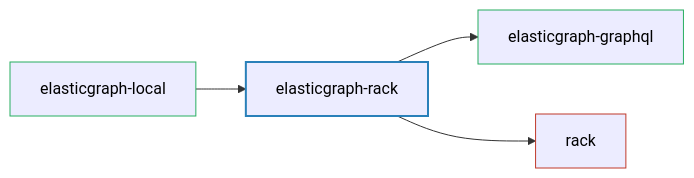
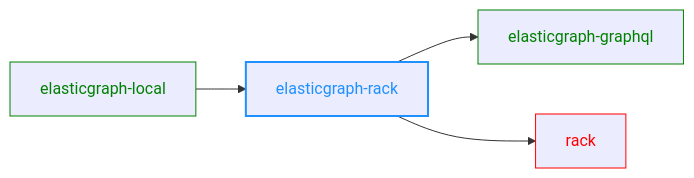
Before and after one commit to block/elasticgraph: the diagram in elasticgraph-rack/README.md, drawn with Mermaid. The commit also changed 23 other files, not shown here.

````diff
--- a/elasticgraph-rack/README.md
+++ b/elasticgraph-rack/README.md
@@ -10,14 +10,15 @@
 ```mermaid
 graph LR;
     elasticgraph-rack["elasticgraph-rack"];
     elasticgraph-graphql["elasticgraph-graphql"];
     elasticgraph-rack --> elasticgraph-graphql;
     rack["rack"];
     elasticgraph-rack --> rack;
     elasticgraph-local["elasticgraph-local"];
     elasticgraph-local --> elasticgraph-rack;
-    style elasticgraph-rack fill:#lightblue,stroke:#2980b9,stroke-width:2px,color:#000;
-    style elasticgraph-graphql fill:#lightgreen,stroke:#27ae60,stroke-width:1px,color:#000;
-    style rack fill:#lightcoral,stroke:#c0392b,stroke-width:1px,color:#000;
-    style elasticgraph-local fill:#lightgreen,stroke:#27ae60,stroke-width:1px,color:#000;
+    style elasticgraph-rack color:DodgerBlue,stroke-width:2px,stroke:DodgerBlue;
+    style elasticgraph-graphql color:Green,stroke:Green;
+    style rack color:Red,stroke:Red;
+    style elasticgraph-local color:Green,stroke:Green;
+    click rack href "https://rubygems.org/gems/rack" "Open on RubyGems.org" _blank;
 ```
````
